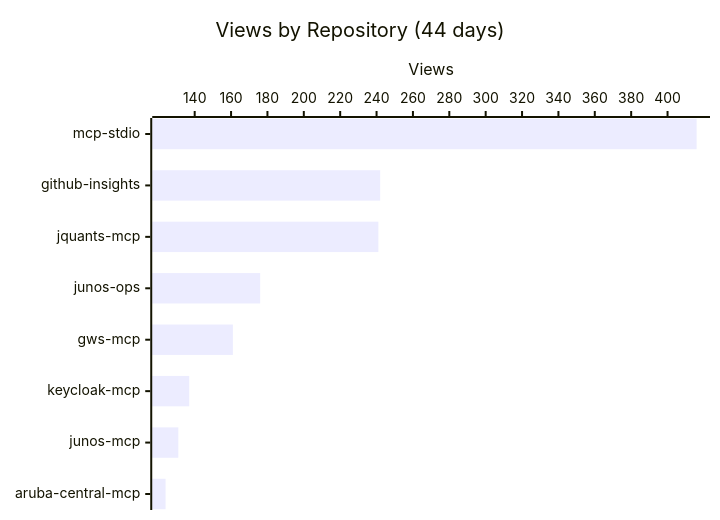
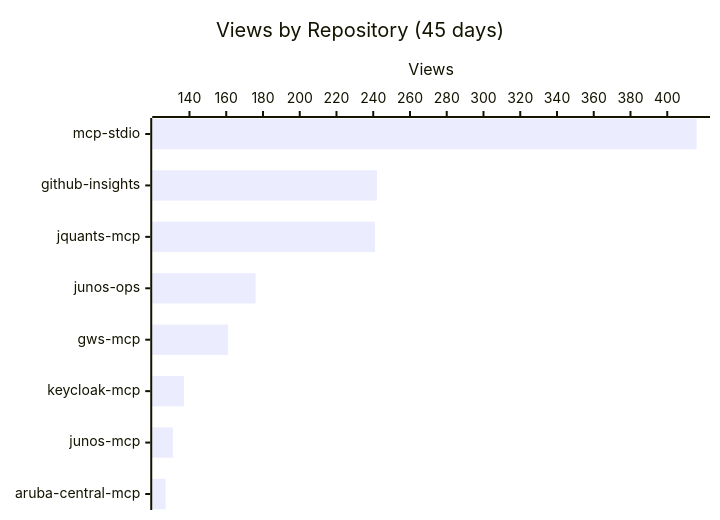
The first of 3 diagrams in README.md (shigechika/github-insights), drawn with Mermaid before and after one commit. The commit also changed other lines of this file and 2 other files, not shown here.

````diff
--- a/README.md
+++ b/README.md
@@ -16,7 +16,7 @@
 ```mermaid
 xychart-beta horizontal
-    title "Views by Repository (44 days)"
+    title "Views by Repository (45 days)"
     x-axis ["mcp-stdio", "github-insights", "jquants-mcp", "junos-ops", "gws-mcp", "keycloak-mcp", "junos-mcp", "aruba-central-mcp"]
     y-axis "Views"
-    bar [416, 242, 241, 176, 161, 137, 131, 124]
+    bar [416, 242, 241, 176, 161, 137, 131, 127]
 ```
````
